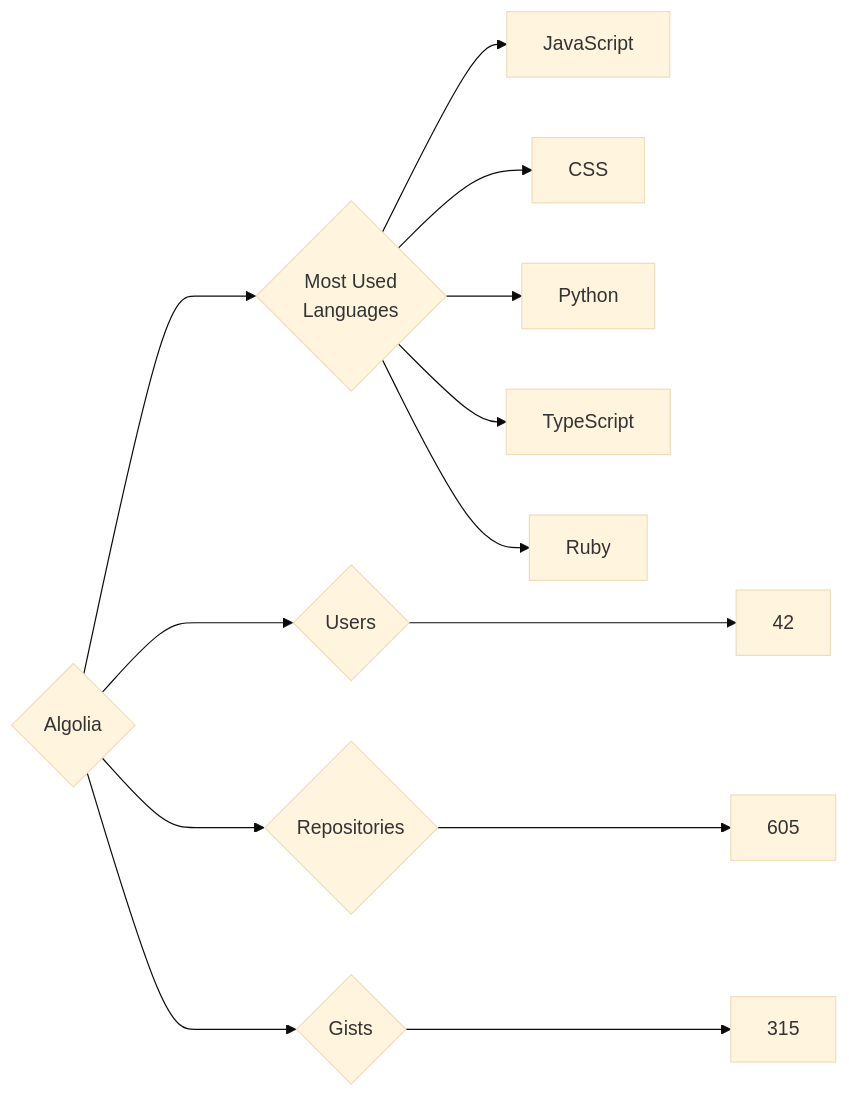
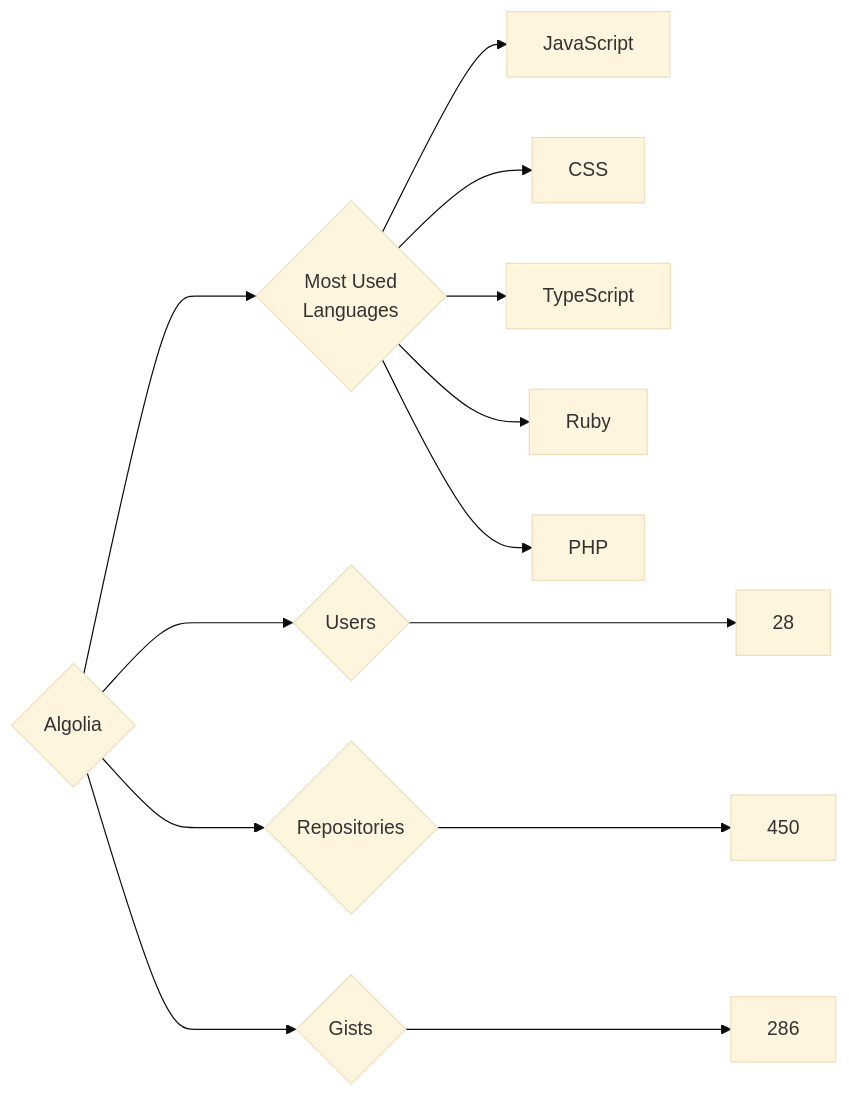
One commit to trickest/insiders changed the diagram in targets/Algolia/README.md. Above: the diagram before and after it, drawn with Mermaid (base theme). The commit also changed 736 other files, not shown here.

````diff
--- a/targets/Algolia/README.md
+++ b/targets/Algolia/README.md
@@ -3,13 +3,13 @@
 ```mermaid
 graph LR
 COMPANY_NAME{Algolia}
-COMPANY_NAME ---> U{Users} ---> UN[42]
-COMPANY_NAME ---> R{Repositories} ---> RN[605]
-COMPANY_NAME ---> G{Gists} ---> GN[315]
+COMPANY_NAME ---> U{Users} ---> UN[28]
+COMPANY_NAME ---> R{Repositories} ---> RN[450]
+COMPANY_NAME ---> G{Gists} ---> GN[286]
 COMPANY_NAME ---> ML{Most Used<br>Languages}
 ML --> JavaScript[JavaScript]
 ML --> CSS[CSS]
-ML --> Python[Python]
 ML --> TypeScript[TypeScript]
 ML --> Ruby[Ruby]
+ML --> PHP[PHP]
 ```
````
